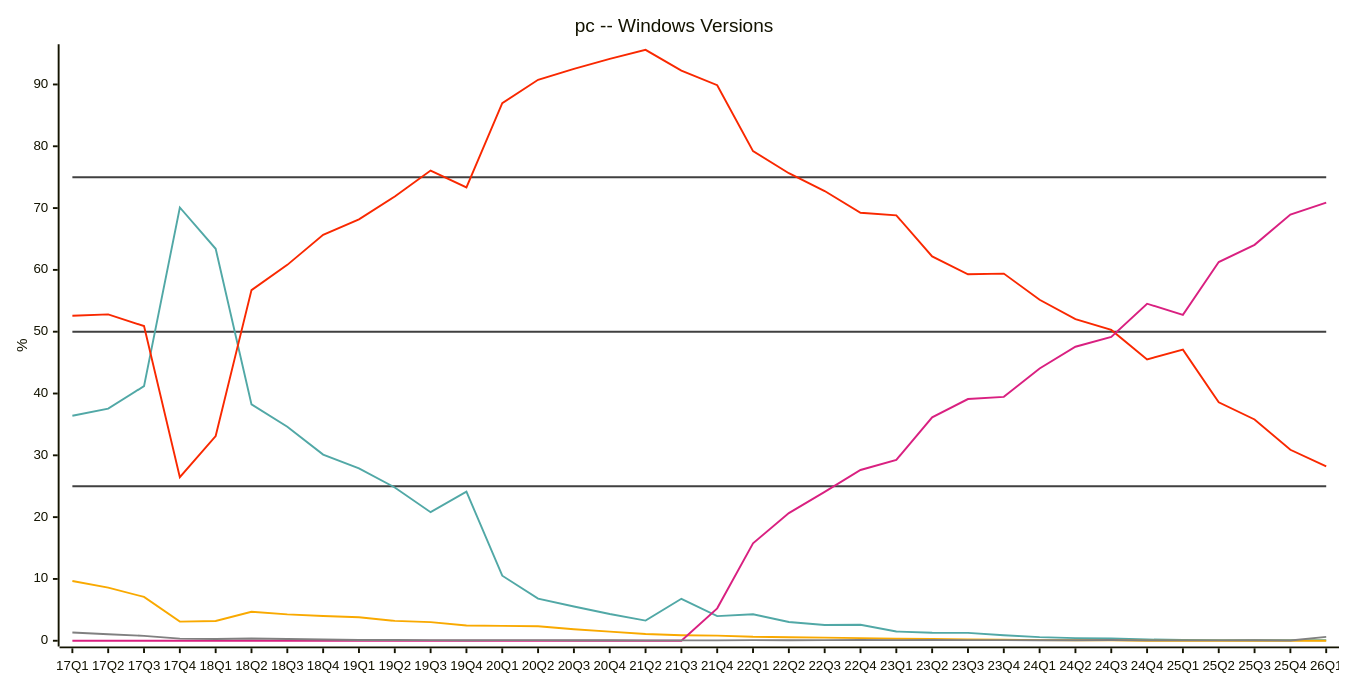
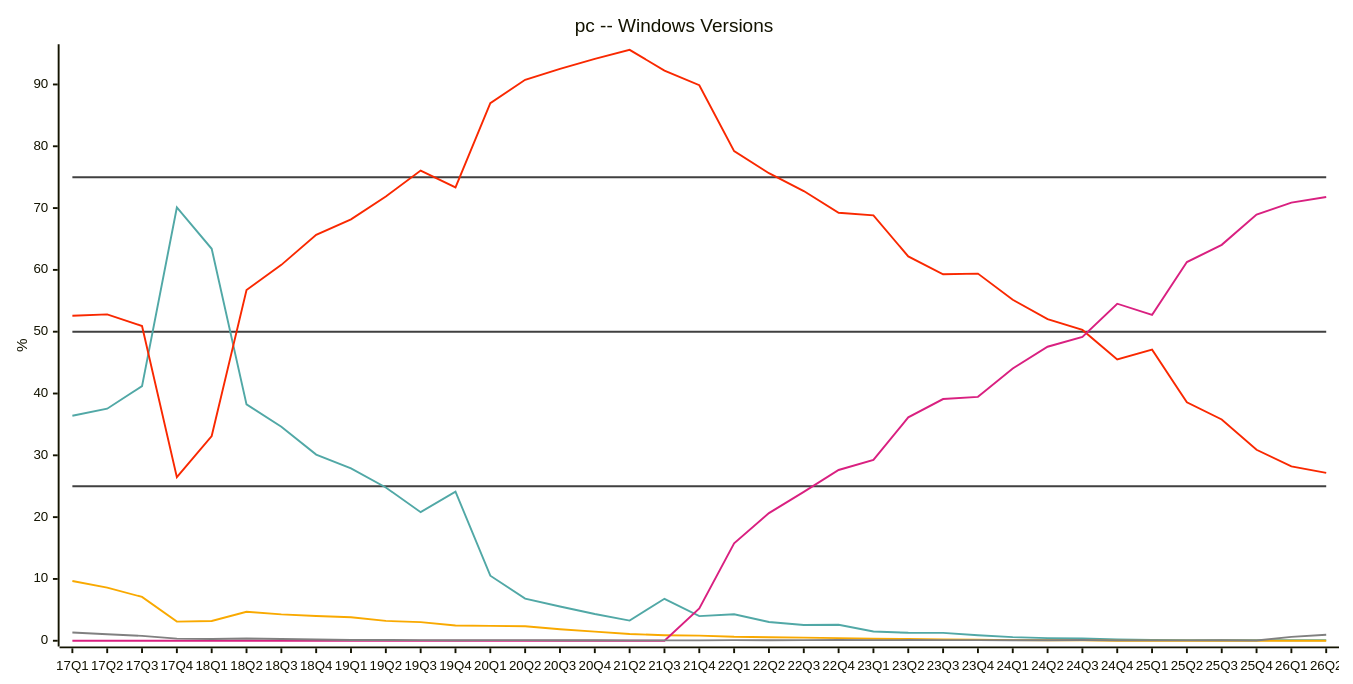
One commit to jdegene/steamHWsurvey changed diagram 15 of 31 in README.md. Above: the diagram before and after it, drawn with Mermaid. The commit also changed other lines of this file and 3 other files, not shown here.

````diff
--- a/README.md
+++ b/README.md
@@ -493,26 +493,26 @@
 ```mermaid
 ---
 config:
     xyChart:
         width: 1400
         height: 700
         
     themeVariables:
         xyChart:
             plotColorPalette: "#404040,#404040,#404040,#51a8a6,#f9a900,#f92800,#d92080,#808080"
 
 --- 
 
 xychart-beta
     title "pc -- Windows Versions"
-    x-axis [17Q1, 17Q2, 17Q3, 17Q4, 18Q1, 18Q2, 18Q3, 18Q4, 19Q1, 19Q2, 19Q3, 19Q4, 20Q1, 20Q2, 20Q3, 20Q4, 21Q2, 21Q3, 21Q4, 22Q1, 22Q2, 22Q3, 22Q4, 23Q1, 23Q2, 23Q3, 23Q4, 24Q1, 24Q2, 24Q3, 24Q4, 25Q1, 25Q2, 25Q3, 25Q4, 26Q1]
+    x-axis [17Q1, 17Q2, 17Q3, 17Q4, 18Q1, 18Q2, 18Q3, 18Q4, 19Q1, 19Q2, 19Q3, 19Q4, 20Q1, 20Q2, 20Q3, 20Q4, 21Q2, 21Q3, 21Q4, 22Q1, 22Q2, 22Q3, 22Q4, 23Q1, 23Q2, 23Q3, 23Q4, 24Q1, 24Q2, 24Q3, 24Q4, 25Q1, 25Q2, 25Q3, 25Q4, 26Q1, 26Q2]
     y-axis "%" 
- line [25, 25, 25, 25, 25, 25, 25, 25, 25, 25, 25, 25, 25, 25, 25, 25, 25, 25, 25, 25, 25, 25, 25, 25, 25, 25, 25, 25, 25, 25, 25, 25, 25, 25, 25, 25]
- line [50, 50, 50, 50, 50, 50, 50, 50, 50, 50, 50, 50, 50, 50, 50, 50, 50, 50, 50, 50, 50, 50, 50, 50, 50, 50, 50, 50, 50, 50, 50, 50, 50, 50, 50, 50]
- line [75, 75, 75, 75, 75, 75, 75, 75, 75, 75, 75, 75, 75, 75, 75, 75, 75, 75, 75, 75, 75, 75, 75, 75, 75, 75, 75, 75, 75, 75, 75, 75, 75, 75, 75, 75]
-    line [36.405, 37.54666666666667, 41.20333333333333, 70.09666666666666, 63.416666666666664, 38.235, 34.63, 30.119999999999997, 27.889999999999997, 24.795, 20.8, 24.11, 10.525, 6.81, 5.54, 4.32, 3.256666666666667, 6.79, 3.9849999999999994, 4.2749999999999995, 3.043333333333333, 2.5533333333333337, 2.58, 1.4966666666666668, 1.2900000000000003, 1.2766666666666668, 0.8833333333333334, 0.5833333333333334, 0.42, 0.3766666666666667, 0.2033333333333333, 0.12333333333333335, 0.10666666666666665, 0.07666666666666667, 0.09333333333333334, 0.09000000000000001]
-    line [9.665, 8.600000000000001, 7.086666666666668, 3.093333333333333, 3.1933333333333334, 4.68, 4.266666666666667, 3.9966666666666666, 3.8033333333333337, 3.2100000000000004, 3.013333333333333, 2.46, 2.405, 2.3433333333333333, 1.8549999999999998, 1.4700000000000002, 1.0833333333333335, 0.8999999999999999, 0.835, 0.6399999999999999, 0.5766666666666667, 0.5033333333333333, 0.4266666666666666, 0.32, 0.27499999999999997, 0.22, 0.15666666666666668, 0.10666666666666665, 0.08333333333333334, 0.075, 0, 0, 0, 0, 0, 0]
-    line [52.580000000000005, 52.80666666666667, 50.913333333333334, 26.47, 33.123333333333335, 56.730000000000004, 60.81333333333333, 65.67, 68.18666666666667, 71.885, 76.07666666666667, 73.33666666666666, 86.98, 90.75333333333333, 92.52, 94.145, 95.6, 92.25, 89.875, 79.21000000000001, 75.64333333333333, 72.75666666666667, 69.23333333333333, 68.82333333333334, 62.17999999999999, 59.296666666666674, 59.4, 55.16, 52.03666666666666, 50.28666666666667, 45.51, 47.099999999999994, 38.56666666666666, 35.79999999999999, 30.89666666666667, 28.199999999999996]
-    line [0, 0, 0, 0, 0, 0, 0, 0, 0, 0, 0, 0, 0, 0, 0, 0, 0, 0, 5.244999999999999, 15.770000000000001, 20.65, 24.08, 27.63, 29.26, 36.150000000000006, 39.10333333333333, 39.46333333333333, 44.06, 47.57, 49.169999999999995, 54.53, 52.72, 61.26999999999999, 64.05333333333334, 68.96333333333334, 70.88499999999999]
-    line [1.345, 1.0466666666666666, 0.7966666666666667, 0.3433333333333333, 0.27666666666666667, 0.355, 0.27666666666666667, 0.2133333333333333, 0.11666666666666668, 0.10999999999999999, 0.10666666666666667, 0.09000000000000001, 0.1, 0.09666666666666665, 0.085, 0.06999999999999999, 0.05333333333333332, 0.06, 0.06, 0.1, 0.08666666666666667, 0.1, 0.12666666666666665, 0.09333333333333334, 0.10999999999999999, 0.1, 0.10666666666666667, 0.08666666666666667, 0.08, 0.11666666666666668, 0.06666666666666667, 0.05666666666666666, 0.05333333333333332, 0.07333333333333332, 0.04666666666666667, 0.6316666666666667]
+ line [25, 25, 25, 25, 25, 25, 25, 25, 25, 25, 25, 25, 25, 25, 25, 25, 25, 25, 25, 25, 25, 25, 25, 25, 25, 25, 25, 25, 25, 25, 25, 25, 25, 25, 25, 25, 25]
+ line [50, 50, 50, 50, 50, 50, 50, 50, 50, 50, 50, 50, 50, 50, 50, 50, 50, 50, 50, 50, 50, 50, 50, 50, 50, 50, 50, 50, 50, 50, 50, 50, 50, 50, 50, 50, 50]
+ line [75, 75, 75, 75, 75, 75, 75, 75, 75, 75, 75, 75, 75, 75, 75, 75, 75, 75, 75, 75, 75, 75, 75, 75, 75, 75, 75, 75, 75, 75, 75, 75, 75, 75, 75, 75, 75]
+    line [36.405, 37.54666666666667, 41.20333333333333, 70.09666666666666, 63.416666666666664, 38.235, 34.63, 30.119999999999997, 27.889999999999997, 24.795, 20.8, 24.11, 10.525, 6.81, 5.54, 4.32, 3.256666666666667, 6.79, 3.9849999999999994, 4.2749999999999995, 3.043333333333333, 2.5533333333333337, 2.58, 1.4966666666666668, 1.2900000000000003, 1.2766666666666668, 0.8833333333333334, 0.5833333333333334, 0.42, 0.3766666666666667, 0.2033333333333333, 0.12333333333333335, 0.10666666666666665, 0.07666666666666667, 0.09333333333333334, 0.09000000000000001, 0.08]
+    line [9.665, 8.600000000000001, 7.086666666666668, 3.093333333333333, 3.1933333333333334, 4.68, 4.266666666666667, 3.9966666666666666, 3.8033333333333337, 3.2100000000000004, 3.013333333333333, 2.46, 2.405, 2.3433333333333333, 1.8549999999999998, 1.4700000000000002, 1.0833333333333335, 0.8999999999999999, 0.835, 0.6399999999999999, 0.5766666666666667, 0.5033333333333333, 0.4266666666666666, 0.32, 0.27499999999999997, 0.22, 0.15666666666666668, 0.10666666666666665, 0.08333333333333334, 0.075, 0, 0, 0, 0, 0, 0, 0]
+    line [52.580000000000005, 52.80666666666667, 50.913333333333334, 26.47, 33.123333333333335, 56.730000000000004, 60.81333333333333, 65.67, 68.18666666666667, 71.885, 76.07666666666667, 73.33666666666666, 86.98, 90.75333333333333, 92.52, 94.145, 95.6, 92.25, 89.875, 79.21000000000001, 75.64333333333333, 72.75666666666667, 69.23333333333333, 68.82333333333334, 62.17999999999999, 59.296666666666674, 59.4, 55.16, 52.03666666666666, 50.28666666666667, 45.51, 47.099999999999994, 38.56666666666666, 35.79999999999999, 30.89666666666667, 28.199999999999996, 27.16]
+    line [0, 0, 0, 0, 0, 0, 0, 0, 0, 0, 0, 0, 0, 0, 0, 0, 0, 0, 5.244999999999999, 15.770000000000001, 20.65, 24.08, 27.63, 29.26, 36.150000000000006, 39.10333333333333, 39.46333333333333, 44.06, 47.57, 49.169999999999995, 54.53, 52.72, 61.26999999999999, 64.05333333333334, 68.96333333333334, 70.88499999999999, 71.8]
+    line [1.345, 1.0466666666666666, 0.7966666666666667, 0.3433333333333333, 0.27666666666666667, 0.355, 0.27666666666666667, 0.2133333333333333, 0.11666666666666668, 0.10999999999999999, 0.10666666666666667, 0.09000000000000001, 0.1, 0.09666666666666665, 0.085, 0.06999999999999999, 0.05333333333333332, 0.06, 0.06, 0.1, 0.08666666666666667, 0.1, 0.12666666666666665, 0.09333333333333334, 0.10999999999999999, 0.1, 0.10666666666666667, 0.08666666666666667, 0.08, 0.11666666666666668, 0.06666666666666667, 0.05666666666666666, 0.05333333333333332, 0.07333333333333332, 0.04666666666666667, 0.6316666666666667, 0.97]
 ``` 
````
